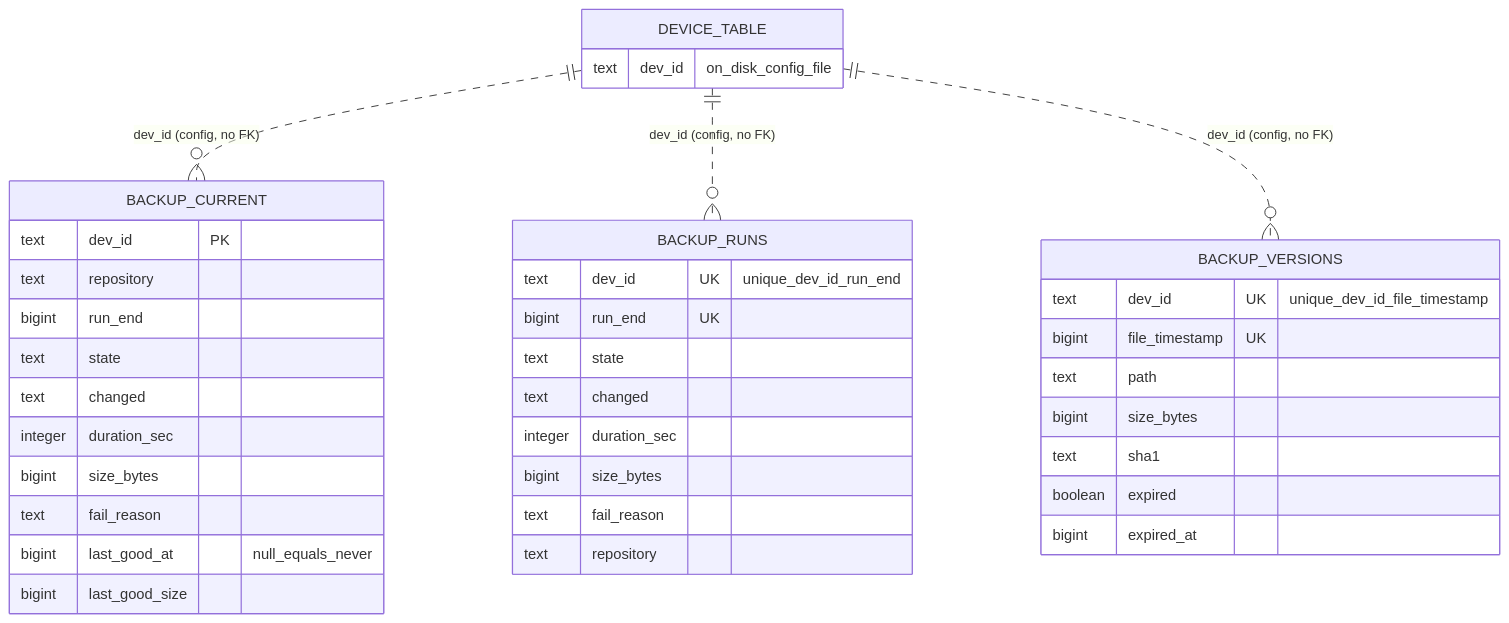
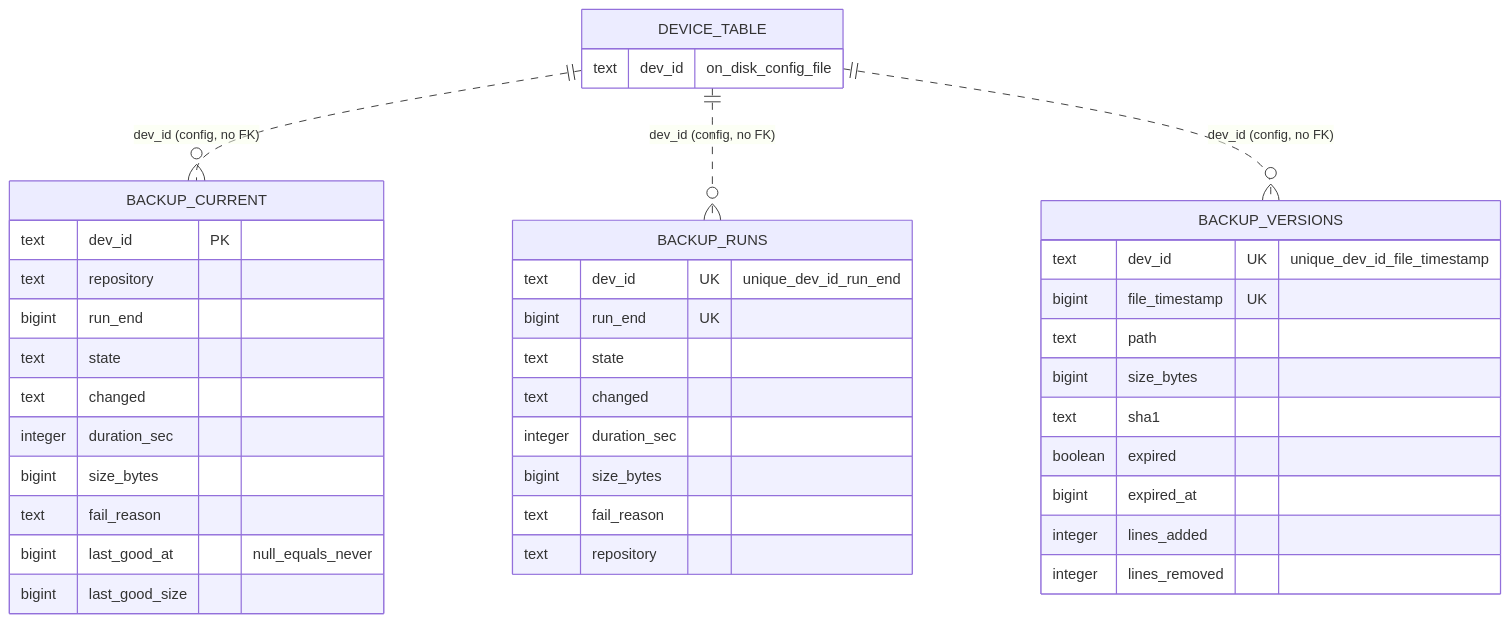
One commit to rainer-tammer/fetchconfig-web changed the fourth of 5 diagrams in DEVELOPER.md. Above: the diagram before and after it, drawn with Mermaid. The commit also changed other lines of this file and 34 other files, not shown here.

````diff
--- a/DEVELOPER.md
+++ b/DEVELOPER.md
@@ -663,41 +668,43 @@
 ```mermaid
 erDiagram
     DEVICE_TABLE ||..o{ BACKUP_CURRENT  : "dev_id (config, no FK)"
     DEVICE_TABLE ||..o{ BACKUP_RUNS     : "dev_id (config, no FK)"
     DEVICE_TABLE ||..o{ BACKUP_VERSIONS : "dev_id (config, no FK)"
 
     BACKUP_CURRENT {
         text dev_id PK
         text repository
         bigint run_end
         text state
         text changed
         integer duration_sec
         bigint size_bytes
         text fail_reason
         bigint last_good_at "null_equals_never"
         bigint last_good_size
     }
     BACKUP_RUNS {
         text dev_id UK "unique_dev_id_run_end"
         bigint run_end UK
         text state
         text changed
         integer duration_sec
         bigint size_bytes
         text fail_reason
         text repository
     }
     BACKUP_VERSIONS {
         text dev_id UK "unique_dev_id_file_timestamp"
         bigint file_timestamp UK
         text path
         bigint size_bytes
         text sha1
         boolean expired
         bigint expired_at
+        integer lines_added
+        integer lines_removed
     }
     DEVICE_TABLE {
         text dev_id "on_disk_config_file"
     }
 ```
````
